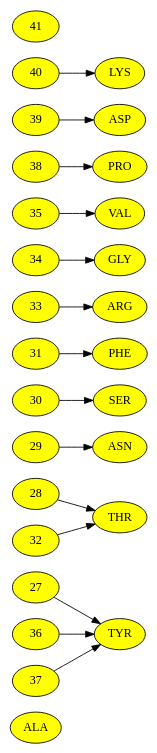
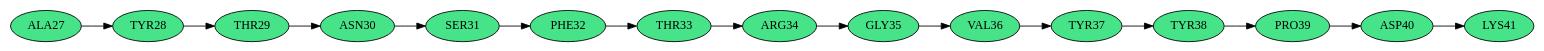
The diagram in grafo.dot (Ciel-gtz/3430A224_2023430017), drawn with Graphviz before and after one commit. The commit also changed 4 other files, not shown here.

```diff
--- a/grafo.dot
+++ b/grafo.dot
@@ -1,18 +1,18 @@
 digraph G {
 rankdir = LR;
-node [style=filled fillcolor=yellow];
-ALA 27->TYR 28;
-TYR 28->THR 29;
-THR 29->ASN 30;
-ASN 30->SER 31;
-SER 31->PHE 32;
-PHE 32->THR 33;
-THR 33->ARG 34;
-ARG 34->GLY 35;
-GLY 35->VAL 36;
-VAL 36->TYR 37;
-TYR 37->TYR 38;
-TYR 38->PRO 39;
-PRO 39->ASP 40;
-ASP 40->LYS 41;
+node [style=filled fillcolor="#47e388ff"];
+ALA27->TYR28;
+TYR28->THR29;
+THR29->ASN30;
+ASN30->SER31;
+SER31->PHE32;
+PHE32->THR33;
+THR33->ARG34;
+ARG34->GLY35;
+GLY35->VAL36;
+VAL36->TYR37;
+TYR37->TYR38;
+TYR38->PRO39;
+PRO39->ASP40;
+ASP40->LYS41;
 }
```
